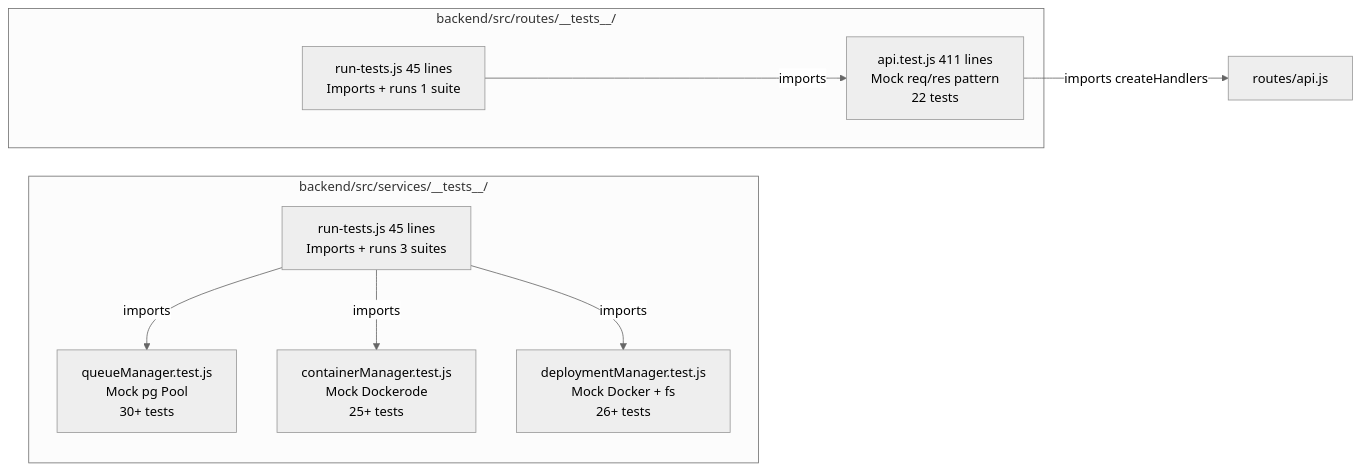
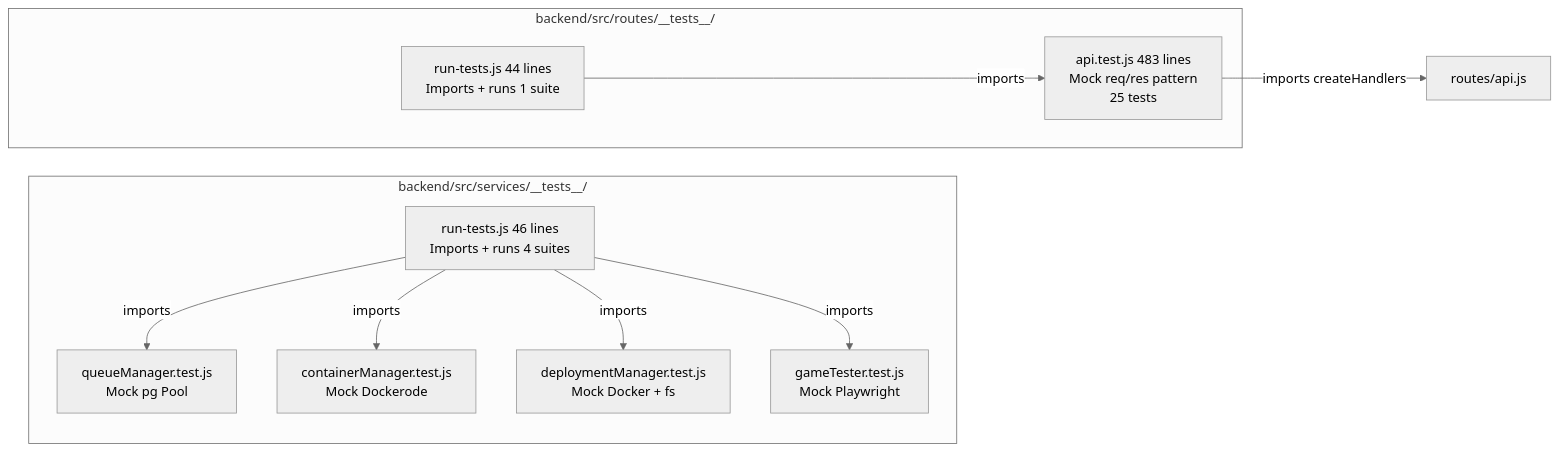
One commit to J-Gierend/gamePocGen changed the second of 10 diagrams in AI/document/01-file-map.md. Above: the diagram before and after it, drawn with Mermaid (neutral theme). The commit also changed other lines of this file and 12 other files, not shown here.

First line of the commit message:
fix: regenerate all architecture docs from current source

````diff
--- a/AI/document/01-file-map.md
+++ b/AI/document/01-file-map.md
@@ -26,20 +29,22 @@
 ```mermaid
 graph LR
     subgraph "backend/src/services/__tests__/"
-        SRR["run-tests.js 45 lines\nImports + runs 3 suites"]
-        QMT["queueManager.test.js\nMock pg Pool\n30+ tests"]
-        CMT["containerManager.test.js\nMock Dockerode\n25+ tests"]
-        DMT["deploymentManager.test.js\nMock Docker + fs\n26+ tests"]
+        SRR["run-tests.js 46 lines\nImports + runs 4 suites"]
+        QMT["queueManager.test.js\nMock pg Pool"]
+        CMT["containerManager.test.js\nMock Dockerode"]
+        DMT["deploymentManager.test.js\nMock Docker + fs"]
+        GTT["gameTester.test.js\nMock Playwright"]
     end
 
     subgraph "backend/src/routes/__tests__/"
-        RRR["run-tests.js 45 lines\nImports + runs 1 suite"]
-        AT["api.test.js 411 lines\nMock req/res pattern\n22 tests"]
+        RRR["run-tests.js 44 lines\nImports + runs 1 suite"]
+        AT["api.test.js 483 lines\nMock req/res pattern\n25 tests"]
     end
 
     SRR -->|"imports"| QMT
     SRR -->|"imports"| CMT
     SRR -->|"imports"| DMT
+    SRR -->|"imports"| GTT
     RRR -->|"imports"| AT
     AT -->|"imports createHandlers"| API2["routes/api.js"]
 ```
````
